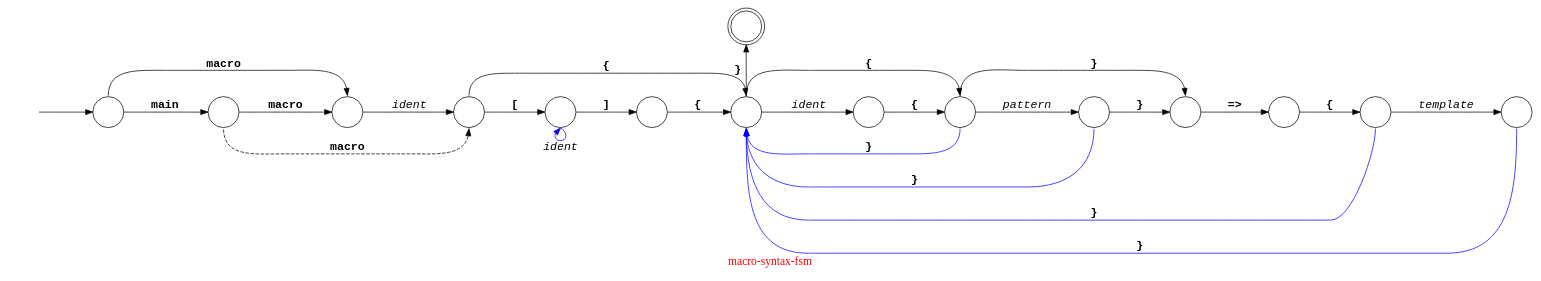
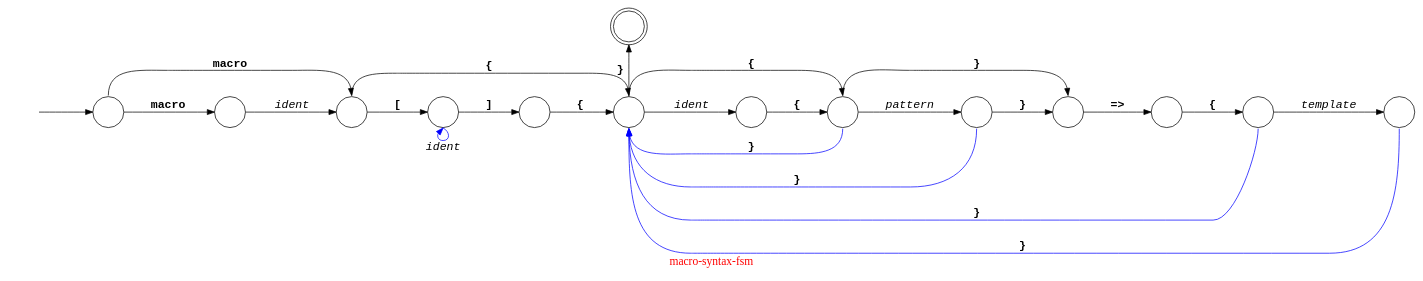
Before and after one commit to Ayyzee/dakota: the diagram in src/macro-system-parser/macro-syntax-fsm.dot, drawn with Graphviz.

Commit message:
Changed grammar fsm graph to represent the notion of unnamed (i.e. main) macros.

```diff
--- a/src/macro-system-parser/macro-syntax-fsm.dot
+++ b/src/macro-system-parser/macro-syntax-fsm.dot
@@ -1,62 +1,61 @@
 // Copyright (C) 2007 - 2015 Robert Nielsen <robert@dakota.org>
 //
 // Licensed under the Apache License, Version 2.0 (the "License");
 // you may not use this file except in compliance with the License.
 // You may obtain a copy of the License at
 //
 //      http://www.apache.org/licenses/LICENSE-2.0
 //
 // Unless required by applicable law or agreed to in writing, software
 // distributed under the License is distributed on an "AS IS" BASIS,
 // WITHOUT WARRANTIES OR CONDITIONS OF ANY KIND, either express or implied.
 // See the License for the specific language governing permissions and
 // limitations under the License.
 
 digraph "macro-syntax-fsm"
 {
   graph [ label = "\G", fontcolor = red, fontsize = 16 ];
   graph [ rankdir = "LR",
           center = true,
           //size = "7.5,10",
           //page = "8.5,11",
           ];
 
   node [ shape = circle, width = 0.6, fontsize = 16 ];
   node [ label = "" ]; // comment out this line if you want the node names displayed
 
+  // on OS X/darwin it wants Courier-Bold and Courier-Oblique
   edge [ fontname = "Courier-Bold", minlen = 2.0, fontsize = 16 ];
 
-  st [ style = invis ];
+  00 [ style = invis ];
   14 [ shape = doublecircle ];
 
-  st -> 00;
-  00 -> 01 [ label = "main", weight = 5.0 ];
-  00 -> 02 [ label = "macro", tailport = n, headport = n ];
+  00 -> 01 [ weight = 5.0 ];
   01 -> 02 [ label = "macro", weight = 5.0 ];
-  03 -> 01 [ label = "macro", tailport = s, headport = s, style = dashed, dir = back ];
+  01 -> 03 [ label = "macro", tailport = n, headport = n ];
   02 -> 03 [ label = "ident", weight = 5.0, fontname = "Courier-Oblique" ];
   03 -> 04 [ label = "[", weight = 5.0 ];
   03 -> 06 [ label = "{", tailport = n, headport = n ];
   04 -> 04 [ label = "ident", fontname = "Courier-Oblique" tailport = s, headport = s, dir = back, color = blue ];
   04 -> 05 [ label = "]", weight = 5.0 ];
   05 -> 06 [ label = "{", weight = 5.0 ];
 
   06 -> 07 [ label = "ident", weight = 5.0, fontname = "Courier-Oblique" ];
   06 -> 08 [ label = "{", tailport = n, headport = n ];
   07 -> 08 [ label = "{", weight = 5.0 ];
   08 -> 06 [ label = "}", headport = s, tailport = s, color = blue ]; // back
   
   08 -> 09 [ label = "pattern", weight = 5.0, fontname = "Courier-Oblique" ];
   08 -> 10 [ label = "}", tailport = n, headport = n ];
   09 -> 06 [ label = "}", headport = s, tailport = s, color = blue ]; // back
 
   09 -> 10 [ label = "}", weight = 5.0 ];
   10 -> 11 [ label = "=>", weight = 5.0 ];
   11 -> 12 [ label = "{", weight = 5.0 ];
   12 -> 13 [ label = "template", weight = 5.0, fontname = "Courier-Oblique" ];
   12 -> 06 [ label = "}", headport = s, tailport = s, color = blue ]; // back
   13 -> 06 [ label = "}", headport = s, tailport = s, color = blue ]; // back
 
   14 -> 06 [ label = "}", dir = back ]; //tailport = n, headport = s ]; // instead of dir = back
   subgraph { graph [ rank = same ]; 06; 14; }
 }
```
